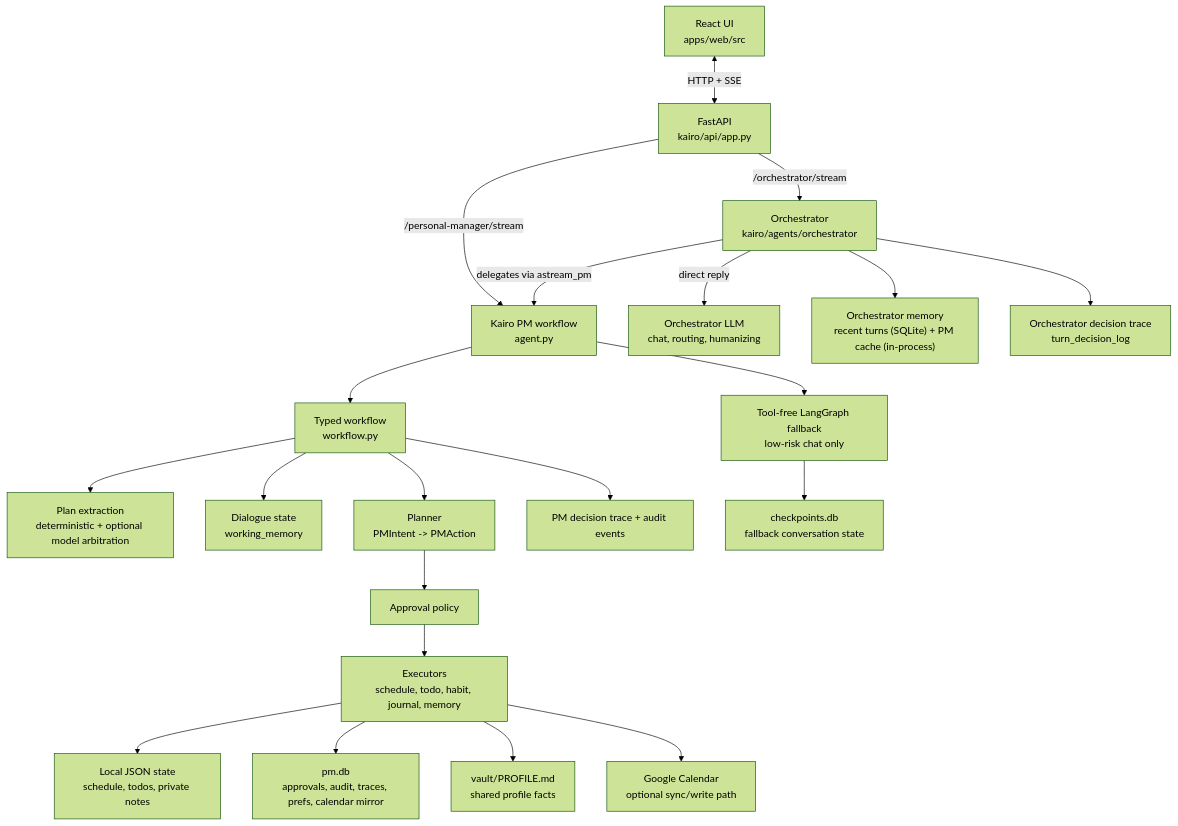
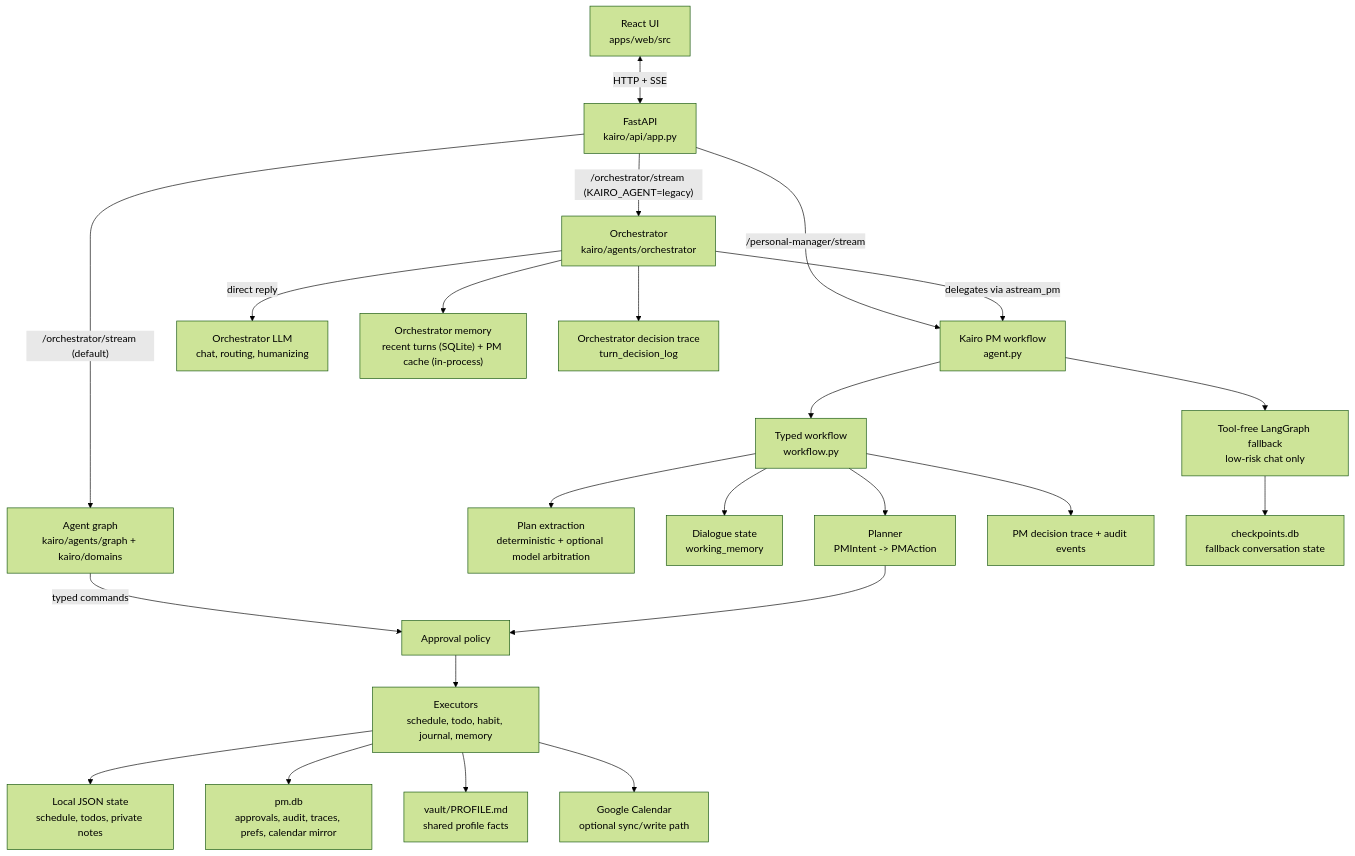
The first of 10 diagrams in ARCHITECTURE.md (JefferyLiu6/Kairo), drawn with Mermaid (forest theme) before and after one commit. The commit also changed other lines of this file and 11 other files, not shown here.

First line of the commit message:
Bring every document up to date with the agent graph as it runs now

````diff
--- a/ARCHITECTURE.md
+++ b/ARCHITECTURE.md
@@ -44,28 +57,30 @@
 ```mermaid
 flowchart TB
     UI["React UI<br/>apps/web/src"] <-->|HTTP + SSE| API["FastAPI<br/>kairo/api/app.py"]
 
-    API -->|/orchestrator/stream| ORCH["Orchestrator<br/>kairo/agents/orchestrator"]
+    API -->|"/orchestrator/stream (default)"| GRAPH["Agent graph<br/>kairo/agents/graph + kairo/domains"]
+    GRAPH -->|"typed commands"| POLICY
+    API -->|"/orchestrator/stream (KAIRO_AGENT=legacy)"| ORCH["Orchestrator<br/>kairo/agents/orchestrator"]
     API -->|/personal-manager/stream| PM["Kairo PM workflow<br/>agent.py"]
     ORCH -->|delegates via astream_pm| PM
     ORCH -->|direct reply| OLLM["Orchestrator LLM<br/>chat, routing, humanizing"]
     ORCH --> OMEM["Orchestrator memory<br/>recent turns (SQLite) + PM cache (in-process)"]
     ORCH --> OTRACE["Orchestrator decision trace<br/>turn_decision_log"]
 
     PM --> TYPED["Typed workflow<br/>workflow.py"]
     PM --> FALLBACK["Tool-free LangGraph fallback<br/>low-risk chat only"]
 
     TYPED --> EXTRACT["Plan extraction<br/>deterministic + optional model arbitration"]
     TYPED --> STATE["Dialogue state<br/>working_memory"]
     TYPED --> PLAN["Planner<br/>PMIntent -> PMAction"]
     PLAN --> POLICY["Approval policy"]
     POLICY --> EXEC["Executors<br/>schedule, todo, habit, journal, memory"]
 
     TYPED --> OBS["PM decision trace + audit events"]
     FALLBACK --> CKPT["checkpoints.db<br/>fallback conversation state"]
 
     EXEC --> LOCAL["Local JSON state<br/>schedule, todos, private notes"]
     EXEC --> PMDB["pm.db<br/>approvals, audit, traces, prefs, calendar mirror"]
     EXEC --> VAULT["vault/PROFILE.md<br/>shared profile facts"]
     EXEC --> GCAL["Google Calendar<br/>optional sync/write path"]
 ```
````
